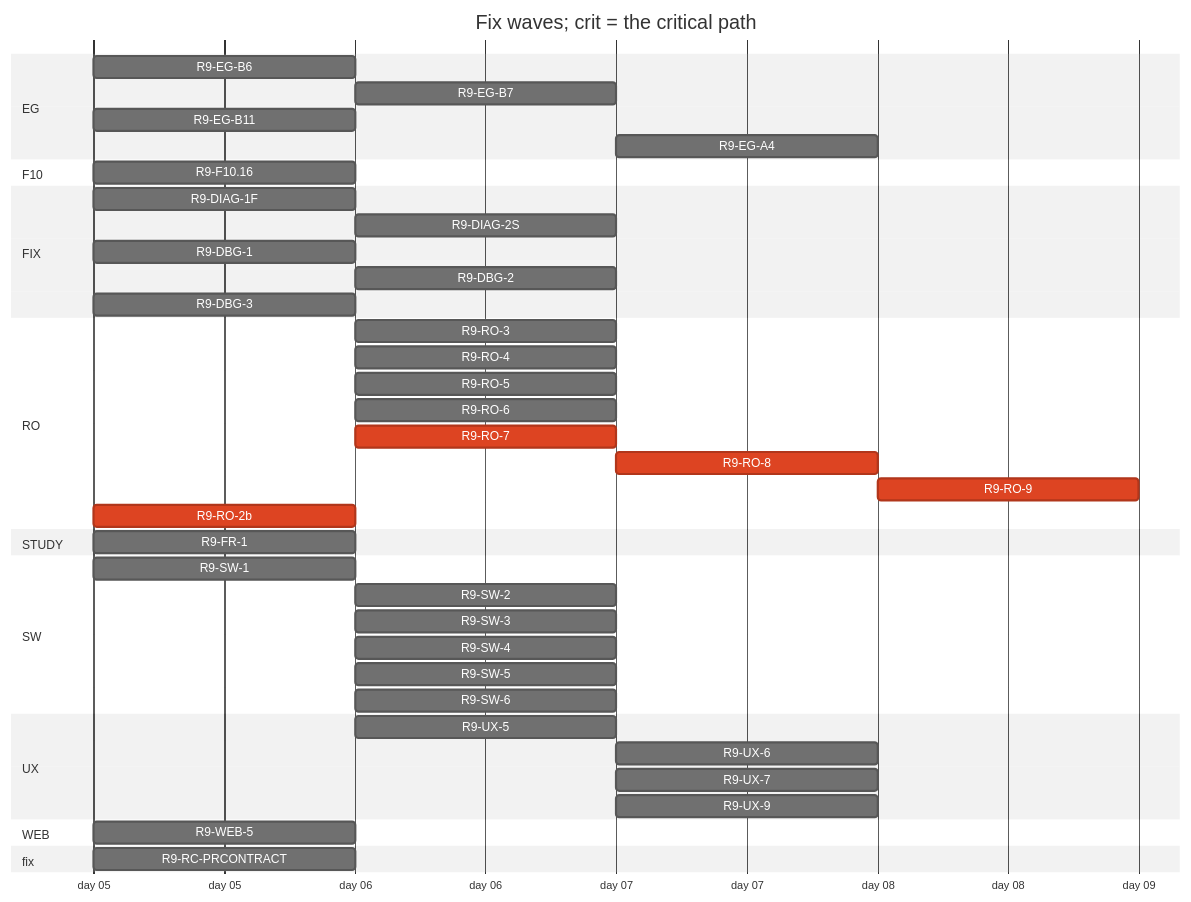
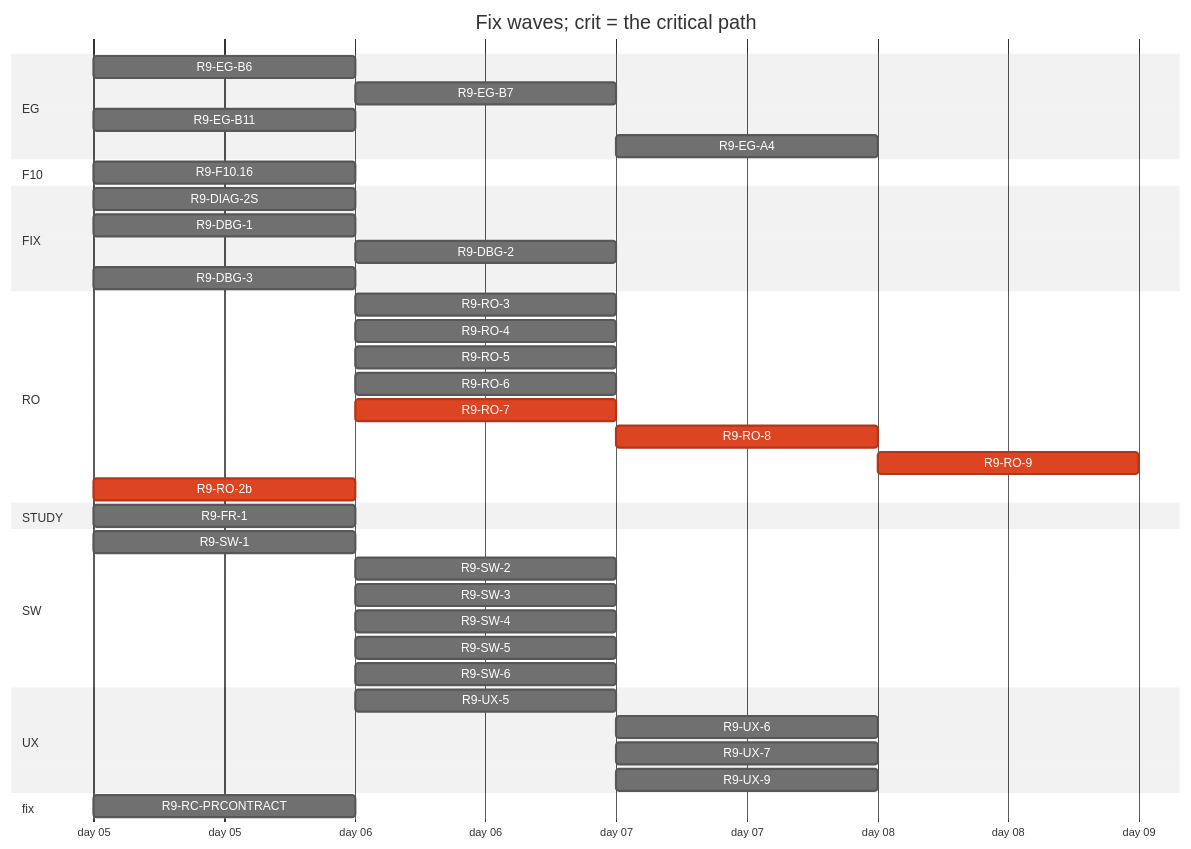
The diagram in handoff/round9/state/PLAN-TABLE.md (tvofi/heatpump_optimizer), drawn with Mermaid (neutral theme) before and after one commit. The commit also changed other lines of this file and 2 other files, not shown here.

Commit message:
state: plan table after DIAG-1F and WEB-5 left the open set

````diff
--- a/handoff/round9/state/PLAN-TABLE.md
+++ b/handoff/round9/state/PLAN-TABLE.md
@@ -22,46 +21,43 @@
 ```mermaid
 gantt
   title Fix waves; crit = the critical path
   dateFormat YYYY-MM-DD
   axisFormat day %d
   section EG
     R9-EG-B6 :r9EGB6, 2026-01-05, 1d
     R9-EG-B7 :r9EGB7, after r9EGB6, 1d
     R9-EG-B11 :r9EGB11, 2026-01-05, 1d
     R9-EG-A4 :r9EGA4, after r9EGB7 r9EGB11, 1d
   section F10
     R9-F10.16 :r9F1016, 2026-01-05, 1d
   section FIX
-    R9-DIAG-1F :r9DIAG1F, 2026-01-05, 1d
-    R9-DIAG-2S :r9DIAG2S, after r9DIAG1F, 1d
+    R9-DIAG-2S :r9DIAG2S, 2026-01-05, 1d
     R9-DBG-1 :r9DBG1, 2026-01-05, 1d
     R9-DBG-2 :r9DBG2, after r9DBG1, 1d
     R9-DBG-3 :r9DBG3, 2026-01-05, 1d
   section RO
     R9-RO-3 :r9RO3, after r9RO2b, 1d
     R9-RO-4 :r9RO4, after r9RO2b, 1d
     R9-RO-5 :r9RO5, after r9RO2b, 1d
     R9-RO-6 :r9RO6, after r9RO2b, 1d
     R9-RO-7 :crit, r9RO7, after r9RO2b, 1d
     R9-RO-8 :crit, r9RO8, after r9RO2b r9RO7, 1d
     R9-RO-9 :crit, r9RO9, after r9RO3 r9RO4 r9RO5 r9RO6 r9RO8 r9EGA4 r9SW4 r9UX5 r9UX6 r9UX7, 1d
     R9-RO-2b :crit, r9RO2b, 2026-01-05, 1d
   section STUDY
     R9-FR-1 :r9FR1, 2026-01-05, 1d
   section SW
     R9-SW-1 :r9SW1, 2026-01-05, 1d
     R9-SW-2 :r9SW2, after r9SW1 r9EGB6, 1d
     R9-SW-3 :r9SW3, after r9SW1, 1d
     R9-SW-4 :r9SW4, after r9SW1, 1d
     R9-SW-5 :r9SW5, after r9EGB6, 1d
     R9-SW-6 :r9SW6, after r9SW1, 1d
   section UX
     R9-UX-5 :r9UX5, after r9EGB6 r9SW1, 1d
     R9-UX-6 :r9UX6, after r9EGB7 r9EGB11 r9UX5, 1d
     R9-UX-7 :r9UX7, after r9EGB6 r9EGB11 r9UX5, 1d
     R9-UX-9 :r9UX9, after r9SW6, 1d
-  section WEB
-    R9-WEB-5 :r9WEB5, 2026-01-05, 1d
   section fix
     R9-RC-PRCONTRACT :r9RCPRCONTRACT, 2026-01-05, 1d
 ```
````
